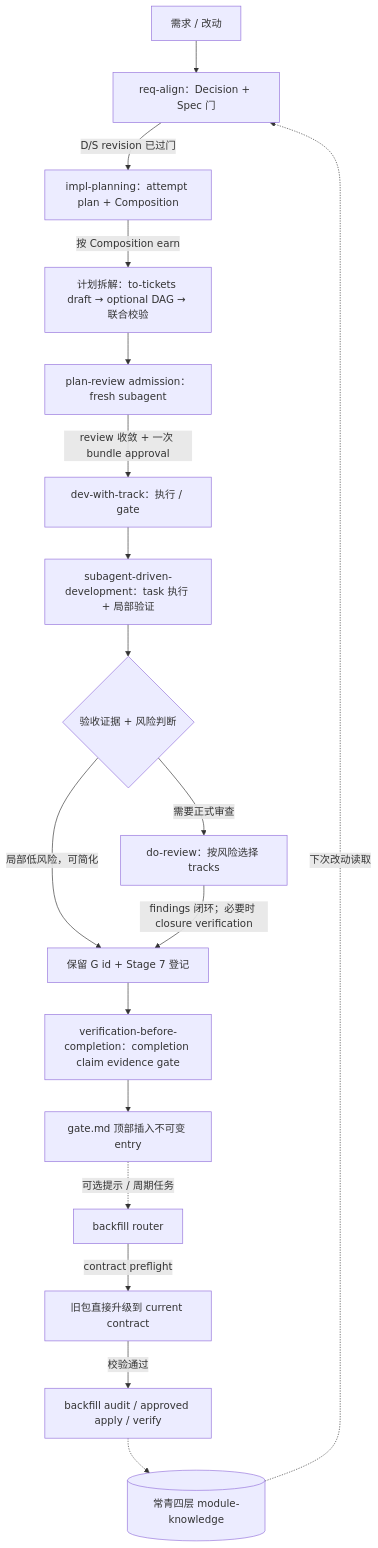
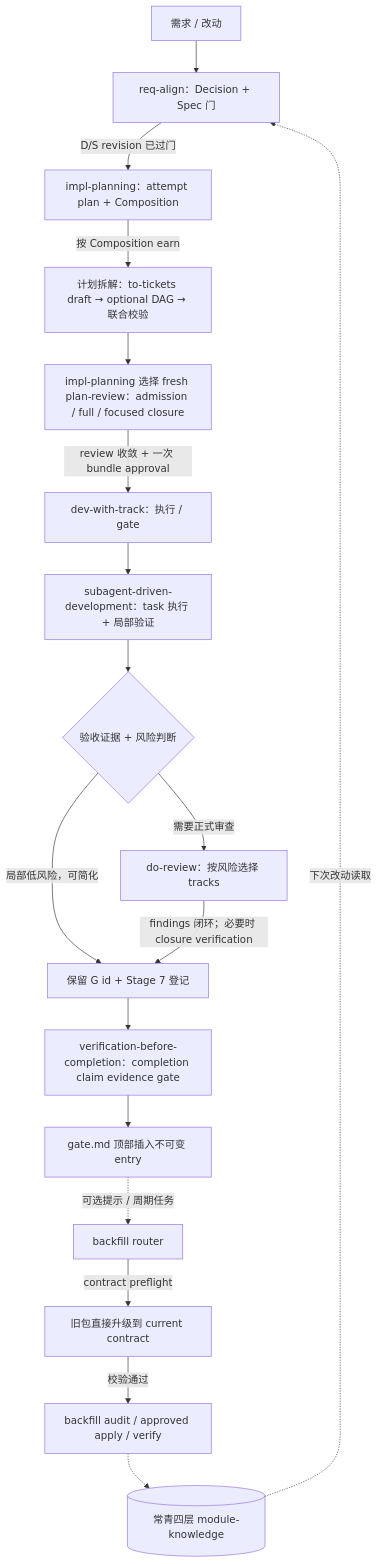
The diagram in skills/impl-package/SKILL.md (fangxiao-dev/agent-workbench), drawn with Mermaid before and after one commit. The commit also changed other lines of this file and 13 other files, not shown here.

````diff
--- a/skills/impl-package/SKILL.md
+++ b/skills/impl-package/SKILL.md
@@ -28,20 +28,20 @@
 ```mermaid
 flowchart TD
     Req[需求 / 改动] --> RA[req-align：Decision + Spec 门]
     RA -->|D/S revision 已过门| PL[impl-planning：attempt plan + Composition]
     PL -->|按 Composition earn| PD[计划拆解：to-tickets draft → optional DAG → 联合校验]
-    PD --> PR[plan-review admission：fresh subagent]
+    PD --> PR[impl-planning 选择 fresh plan-review：admission / full / focused closure]
     PR -->|review 收敛 + 一次 bundle approval| EX[dev-with-track：执行 / gate]
     EX --> SD[subagent-driven-development：task 执行 + 局部验证]
     SD --> RV{验收证据 + 风险判断}
     RV -->|需要正式审查| DR[do-review：按风险选择 tracks]
     RV -->|局部低风险，可简化| CAP[保留 G id + Stage 7 登记]
     DR -->|findings 闭环；必要时 closure verification| CAP
     CAP --> VC[verification-before-completion：completion claim evidence gate]
     VC --> GT[gate.md 顶部插入不可变 entry]
     GT -. 可选提示 / 周期任务 .-> BF[backfill router]
     BF -->|contract preflight| UP[旧包直接升级到 current contract]
     UP -->|校验通过| BF2[backfill audit / approved apply / verify]
     BF2 -.-> EV[(常青四层 module-knowledge)]
     EV -. 下次改动读取 .-> RA
 ```
````
